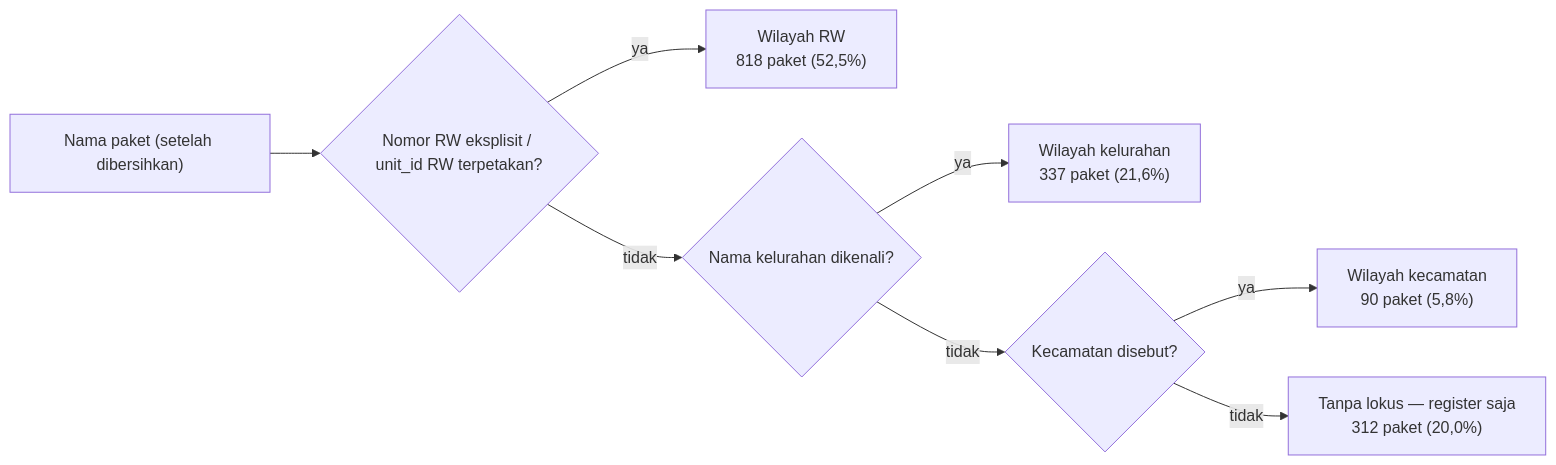
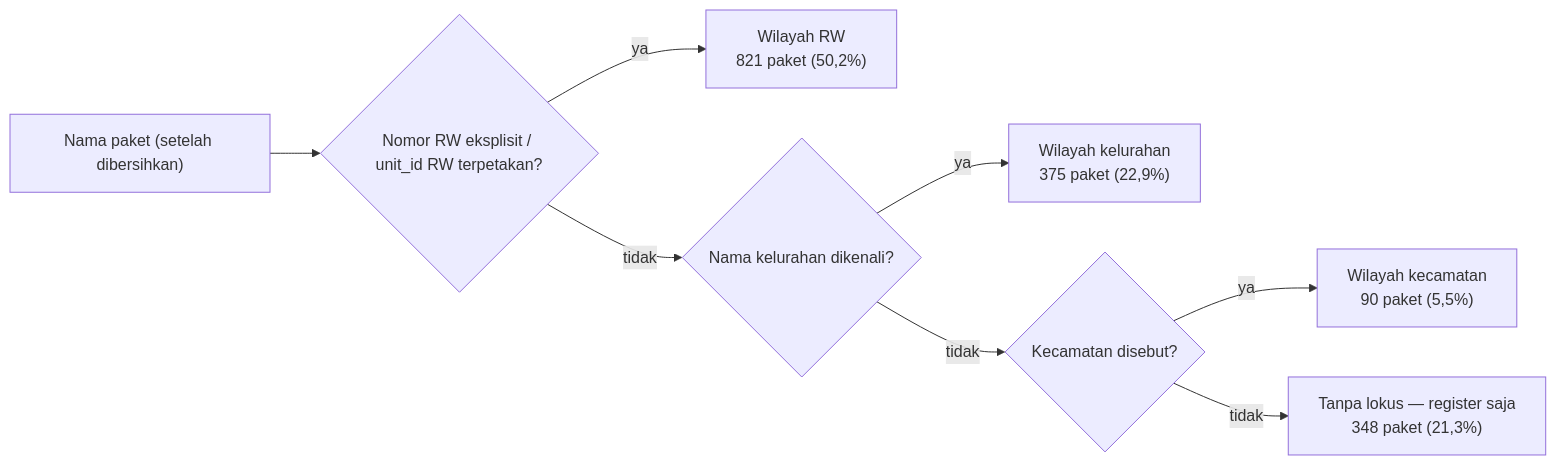
One commit to repyh/saksi changed the diagram in docs/SPEC.md. Above: the diagram before and after it, drawn with Mermaid. The commit also changed other lines of this file and 10 other files, not shown here.

````diff
--- a/docs/SPEC.md
+++ b/docs/SPEC.md
@@ -76,10 +76,10 @@
 ```mermaid
 flowchart LR
   TXT["Nama paket (setelah dibersihkan)"] --> RW{"Nomor RW eksplisit / unit_id RW terpetakan?"}
-  RW -->|ya| T1["Wilayah RW<br/>818 paket (52,5%)"]
+  RW -->|ya| T1["Wilayah RW<br/>821 paket (50,2%)"]
   RW -->|tidak| KEL{"Nama kelurahan dikenali?"}
-  KEL -->|ya| T2["Wilayah kelurahan<br/>337 paket (21,6%)"]
+  KEL -->|ya| T2["Wilayah kelurahan<br/>375 paket (22,9%)"]
   KEL -->|tidak| KEC{"Kecamatan disebut?"}
-  KEC -->|ya| T3["Wilayah kecamatan<br/>90 paket (5,8%)"]
-  KEC -->|tidak| T4["Tanpa lokus — register saja<br/>312 paket (20,0%)"]
+  KEC -->|ya| T3["Wilayah kecamatan<br/>90 paket (5,5%)"]
+  KEC -->|tidak| T4["Tanpa lokus — register saja<br/>348 paket (21,3%)"]
 ```
````
